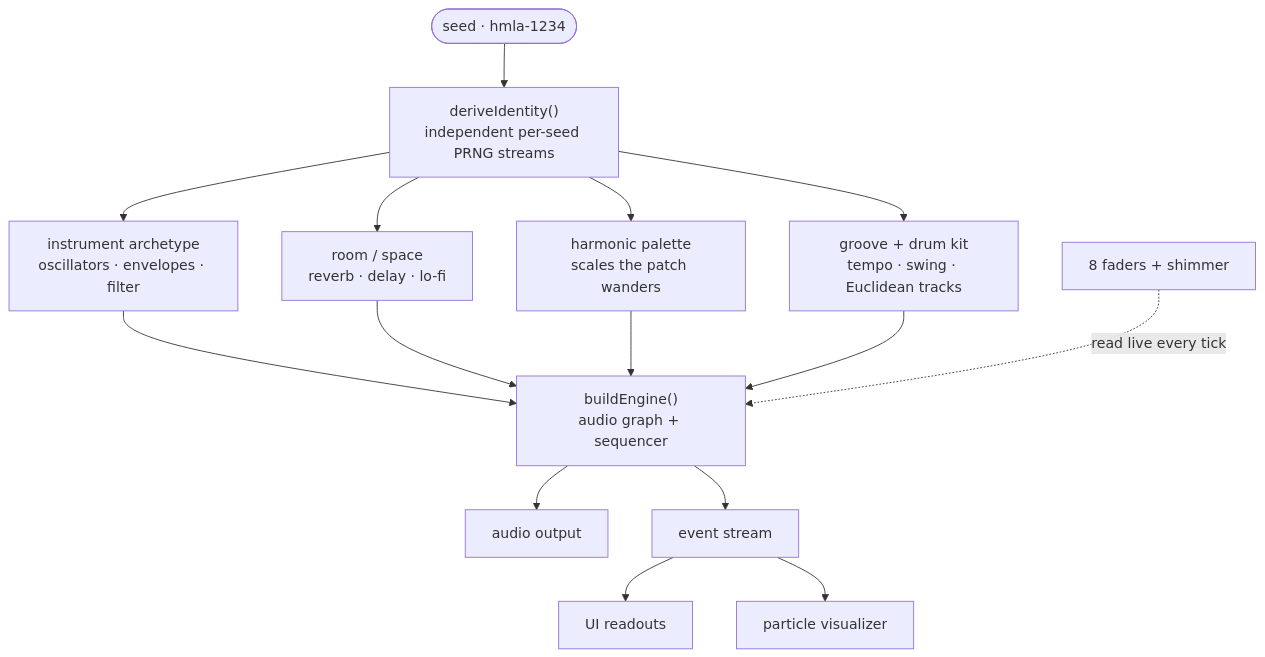
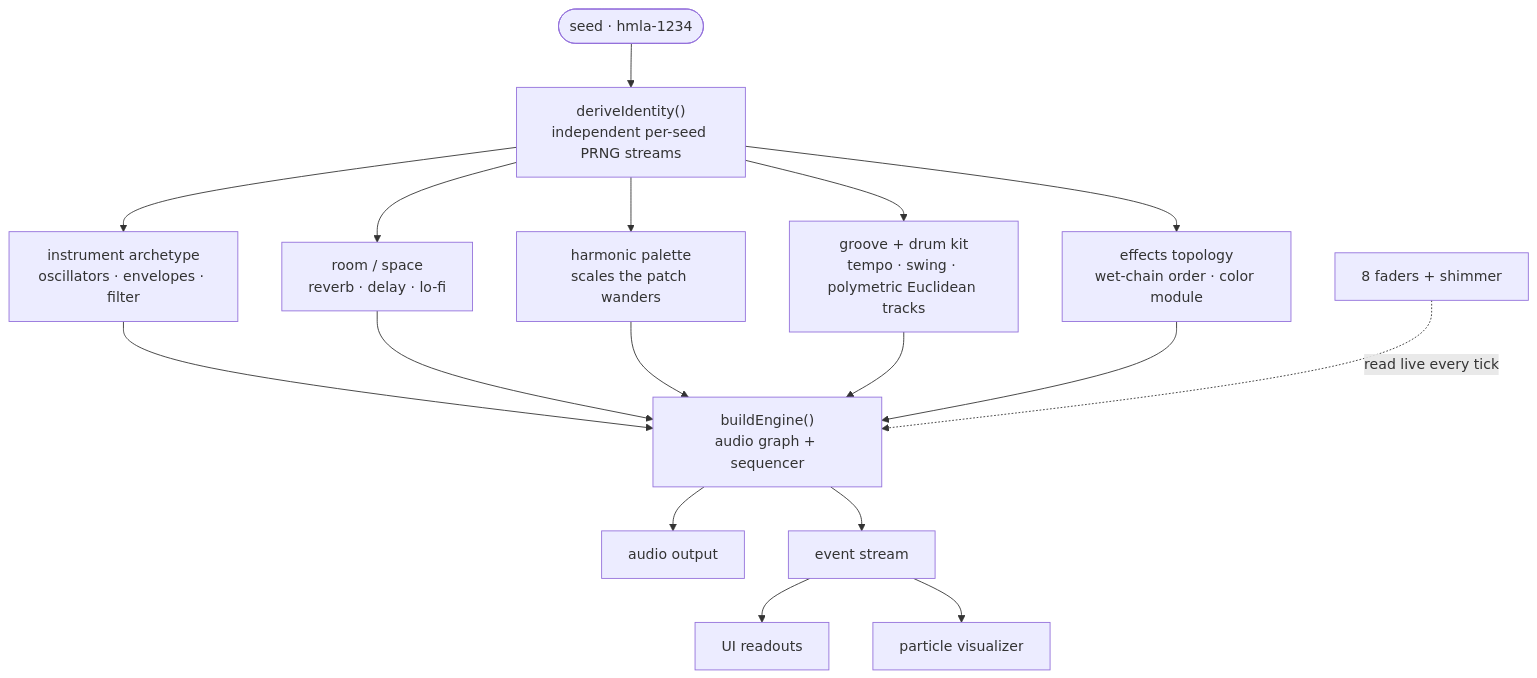
One commit to l2ysho/hmla changed the diagram in README.md. Above: the diagram before and after it, drawn with Mermaid. The commit also changed other lines of this file and 6 other files, not shown here.

````diff
--- a/README.md
+++ b/README.md
@@ -42,17 +42,19 @@
 ```mermaid
 flowchart TD
     seed(["seed · hmla-1234"]) --> ident["deriveIdentity()<br/>independent per-seed PRNG streams"]
     ident --> arch["instrument archetype<br/>oscillators · envelopes · filter"]
     ident --> space["room / space<br/>reverb · delay · lo-fi"]
     ident --> pal["harmonic palette<br/>scales the patch wanders"]
-    ident --> kit["groove + drum kit<br/>tempo · swing · Euclidean tracks"]
+    ident --> kit["groove + drum kit<br/>tempo · swing · polymetric Euclidean tracks"]
+    ident --> fx["effects topology<br/>wet-chain order · color module"]
     arch --> engine["buildEngine()<br/>audio graph + sequencer"]
     space --> engine
     pal --> engine
     kit --> engine
+    fx --> engine
     faders["8 faders + shimmer"] -. read live every tick .-> engine
     engine --> audio["audio output"]
     engine --> events["event stream"]
     events --> ui["UI readouts"]
     events --> viz["particle visualizer"]
 ```
````
